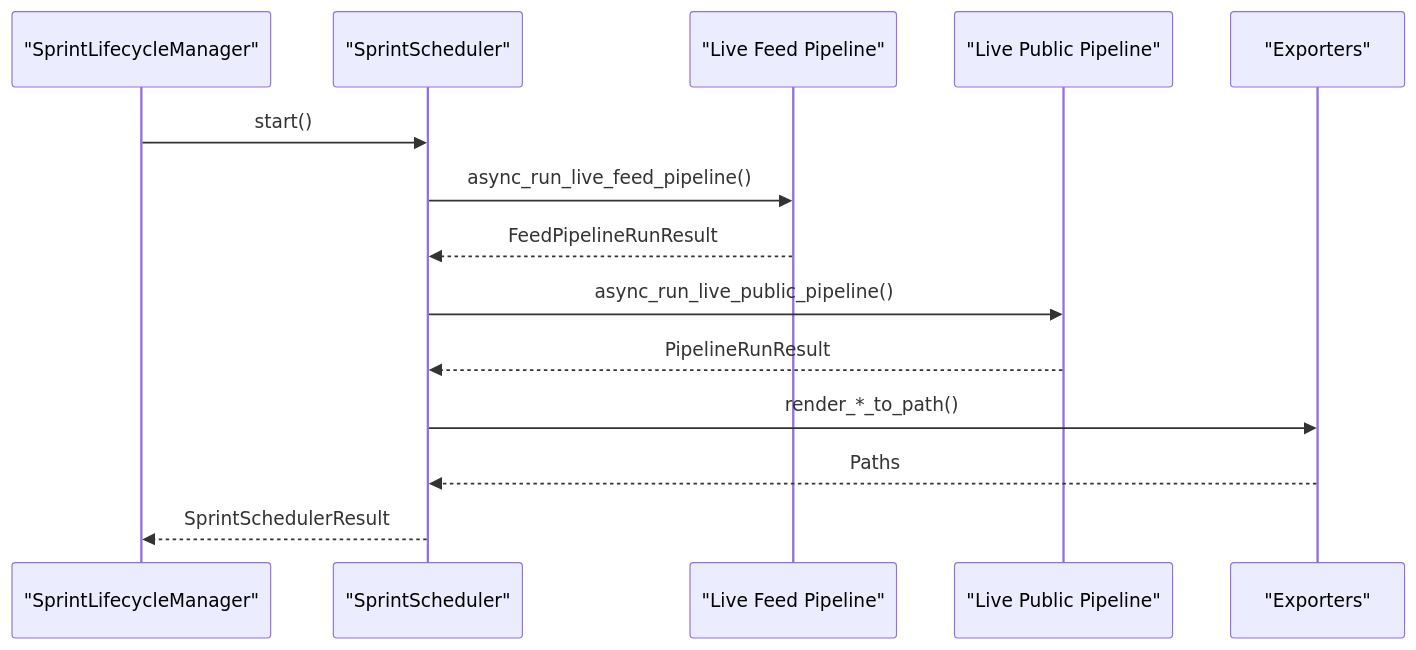
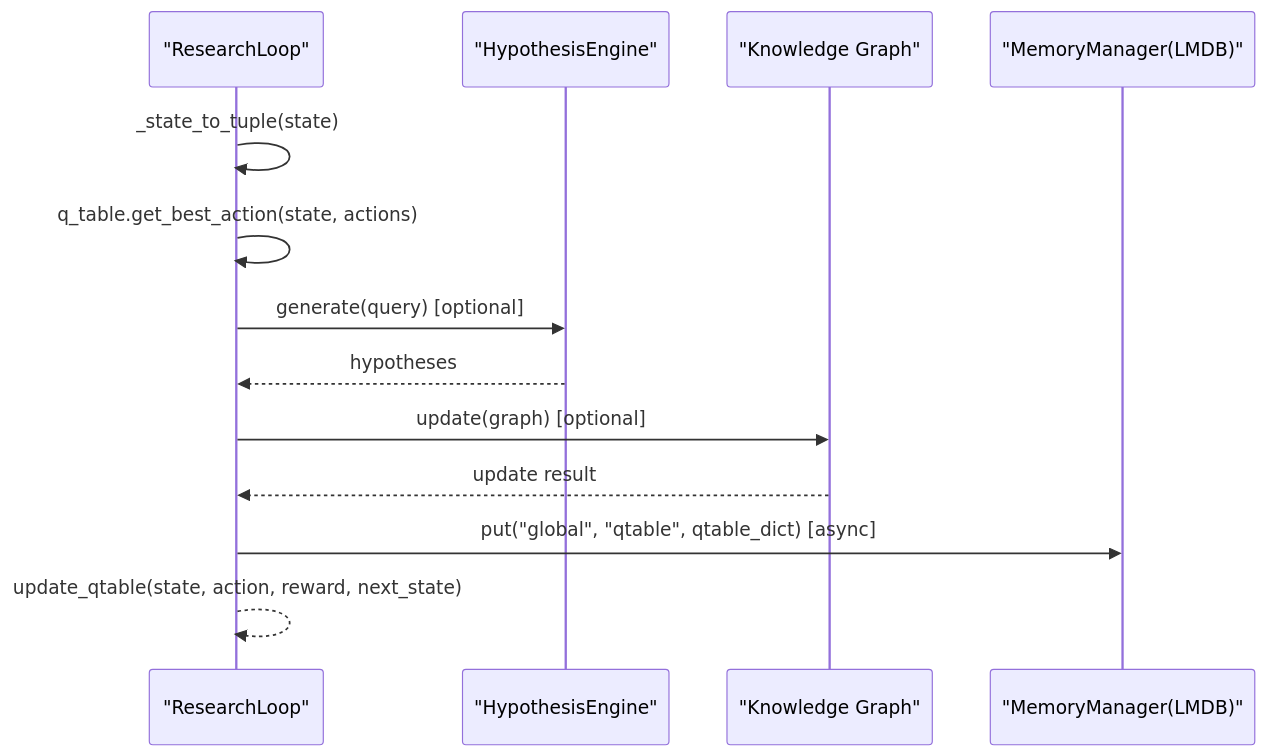
The eighth of 11 diagrams in .qoder/repowiki/en/content/Core Architecture/Core Architecture.md (Hamulda/hledac-universal), drawn with Mermaid before and after one commit. The commit also changed other lines of this file and 236 other files, not shown here.

Commit message:
feat: F234 prelive gate, acquisition strategy and sprint scheduler improvements

````diff
--- a/.qoder/repowiki/en/content/Core Architecture/Core Architecture.md
+++ b/.qoder/repowiki/en/content/Core Architecture/Core Architecture.md
@@ -209,16 +291,15 @@
 ```mermaid
 sequenceDiagram
-participant OWNER as "SprintLifecycleManager"
-participant SCHED as "SprintScheduler"
-participant FEED as "Live Feed Pipeline"
-participant PUBLIC as "Live Public Pipeline"
-participant EXPORT as "Exporters"
-OWNER->>SCHED : start()
-SCHED->>FEED : async_run_live_feed_pipeline()
-FEED-->>SCHED : FeedPipelineRunResult
-SCHED->>PUBLIC : async_run_live_public_pipeline()
-PUBLIC-->>SCHED : PipelineRunResult
-SCHED->>EXPORT : render_*_to_path()
-EXPORT-->>SCHED : Paths
-SCHED-->>OWNER : SprintSchedulerResult
+participant RL as "ResearchLoop"
+participant HE as "HypothesisEngine"
+participant Graph as "Knowledge Graph"
+participant Mem as "MemoryManager(LMDB)"
+RL->>RL : _state_to_tuple(state)
+RL->>RL : q_table.get_best_action(state, actions)
+RL->>HE : generate(query) [optional]
+HE-->>RL : hypotheses
+RL->>Graph : update(graph) [optional]
+Graph-->>RL : update result
+RL->>Mem : put("global", "qtable", qtable_dict) [async]
+RL-->>RL : update_qtable(state, action, reward, next_state)
 ```
````
